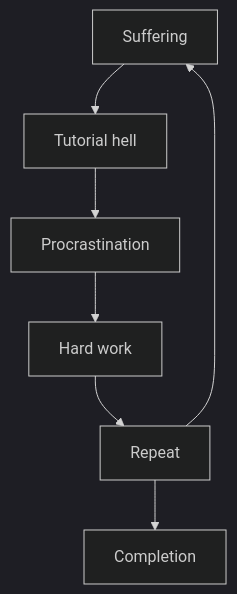
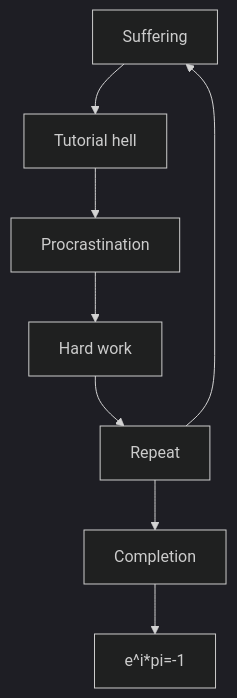
One commit to spartanproj/.github changed the diagram in profile/readme.md. Above: the diagram before and after it, drawn with Mermaid (dark theme).

````diff
--- a/profile/readme.md
+++ b/profile/readme.md
@@ -8,15 +8,17 @@
 ```mermaid
 graph TD
 A[Suffering];
 B[Completion];
 C[Tutorial hell];
 D[Procrastination];
 E[Hard work];
 F[Repeat];
+Z[e^i*pi=-1];
 A-->C;
 C-->D;
 D-->E;
 E-->F;
 F-->A;
 F-->B;
+B-->Z;
 ```
````
